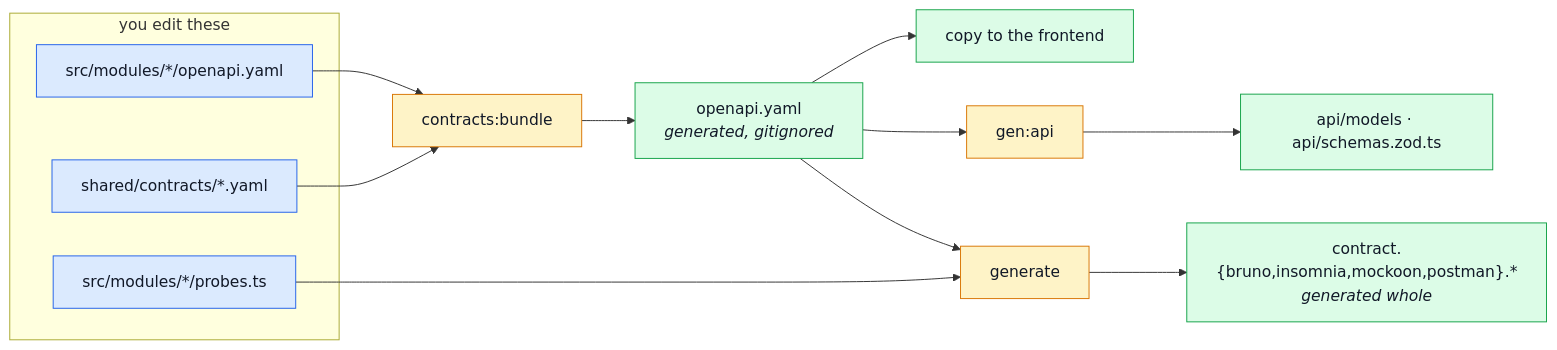
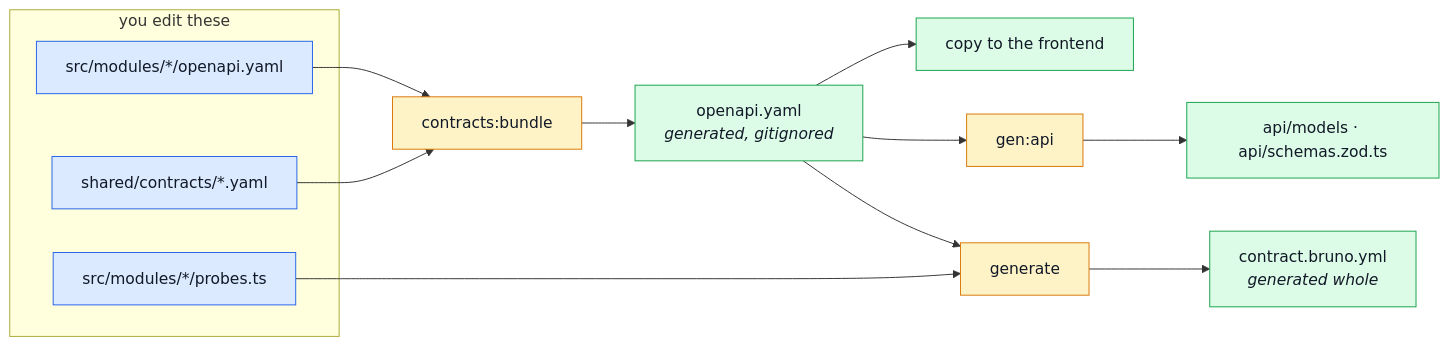
Before and after one commit to Guebbit/boilerplate-node-backend: the first of 2 diagrams in docs/api/regenerating.md, drawn with Mermaid. The commit also changed other lines of this file and 18 other files, not shown here.

````diff
--- a/docs/api/regenerating.md
+++ b/docs/api/regenerating.md
@@ -48,27 +48,27 @@
 ```mermaid
 %%{init: {'flowchart': {'nodeSpacing': 45, 'rankSpacing': 55}}}%%
 flowchart LR
     subgraph AUTH["you edit these"]
         MF["src/modules/*/openapi.yaml"]
         SH["shared/contracts/*.yaml"]
         PR["src/modules/*/probes.ts"]
     end
 
     MF --> B[contracts:bundle]
     SH --> B
     B --> ROOT["openapi.yaml<br/><i>generated, gitignored</i>"]
 
     ROOT --> COL[generate]
     PR --> COL
-    COL --> DEV["contract.{bruno,insomnia,mockoon,postman}.*<br/><i>generated whole</i>"]
+    COL --> DEV["contract.bruno.yml<br/><i>generated whole</i>"]
 
     ROOT --> G[gen:api] --> API["api/models · api/schemas.zod.ts"]
     ROOT --> FE["copy to the frontend"]
 
     classDef auth fill:#dbeafe,stroke:#2563eb,color:#111827;
     classDef out fill:#dcfce7,stroke:#16a34a,color:#111827;
     classDef tool fill:#fef3c7,stroke:#d97706,color:#111827;
     class MF,SH,PR auth;
     class ROOT,DEV,API,DEVFRAG,FE out;
     class B,B2,COL,G tool;
 ```
````
